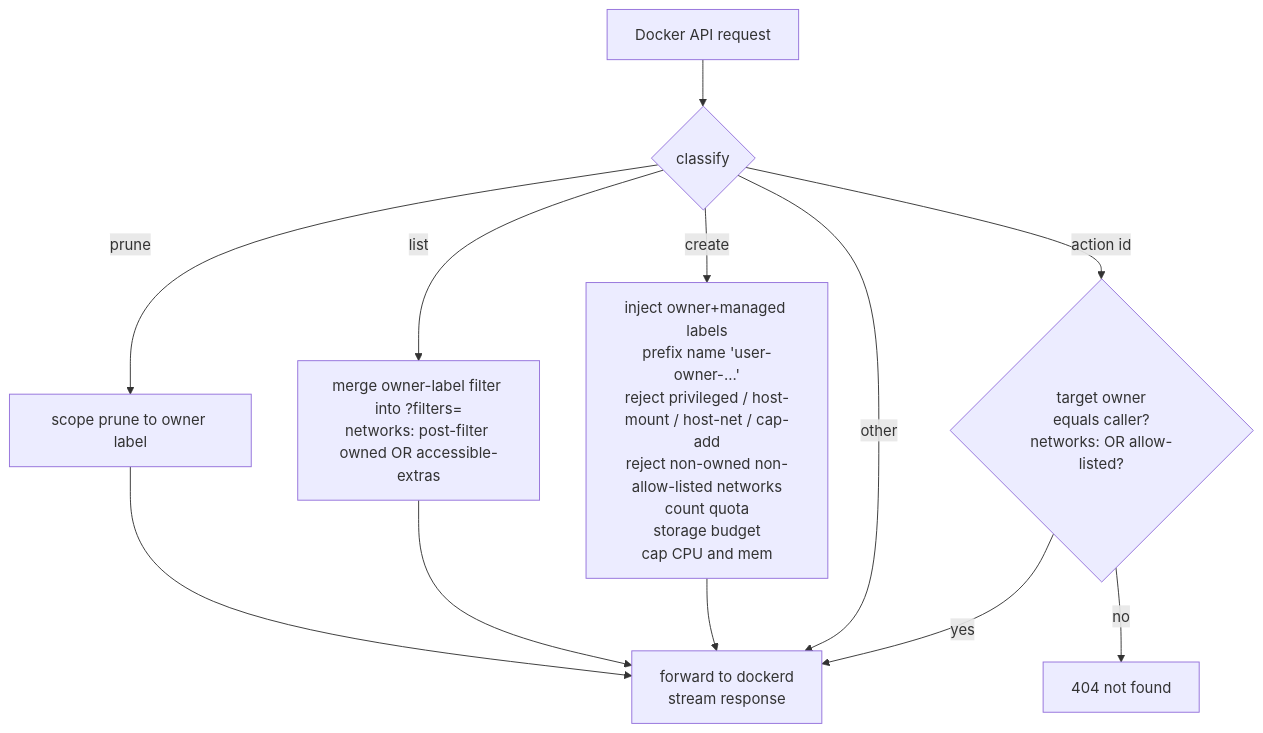
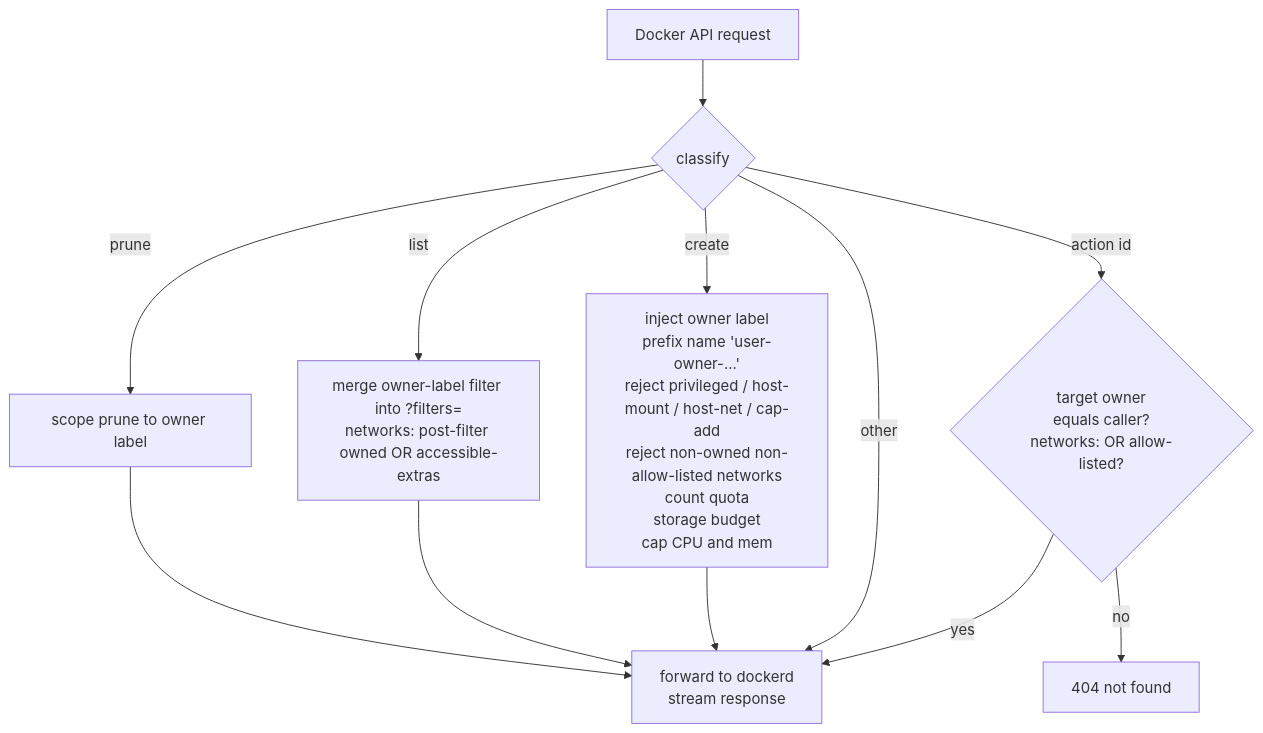
Before and after one commit to stellarshenson/stellars-jupyterhub-ds: the second of 2 diagrams in docs/limited-docker-access.md, drawn with Mermaid. The commit also changed other lines of this file and 64 other files, not shown here.

````diff
--- a/docs/limited-docker-access.md
+++ b/docs/limited-docker-access.md
@@ -55,14 +54,14 @@
 ```mermaid
 flowchart TD
     REQ[Docker API request] --> CL{classify}
-    CL -- create --> CR[inject owner+managed labels<br/>prefix name 'user-owner-...'<br/>reject privileged / host-mount / host-net / cap-add<br/>reject non-owned non-allow-listed networks<br/>count quota<br/>storage budget<br/>cap CPU and mem]
+    CL -- create --> CR[inject owner label<br/>prefix name 'user-owner-...'<br/>reject privileged / host-mount / host-net / cap-add<br/>reject non-owned non-allow-listed networks<br/>count quota<br/>storage budget<br/>cap CPU and mem]
     CL -- list --> LS[merge owner-label filter into ?filters=<br/>networks: post-filter owned OR accessible-extras]
     CL -- "action id" --> AC{target owner<br/>equals caller?<br/>networks: OR allow-listed?}
     AC -- yes --> FW
     AC -- no --> NF[404 not found]
     CL -- prune --> PR[scope prune to owner label]
     CL -- other --> FW[forward to dockerd<br/>stream response]
     CR --> FW
     LS --> FW
     PR --> FW
 ```
````
